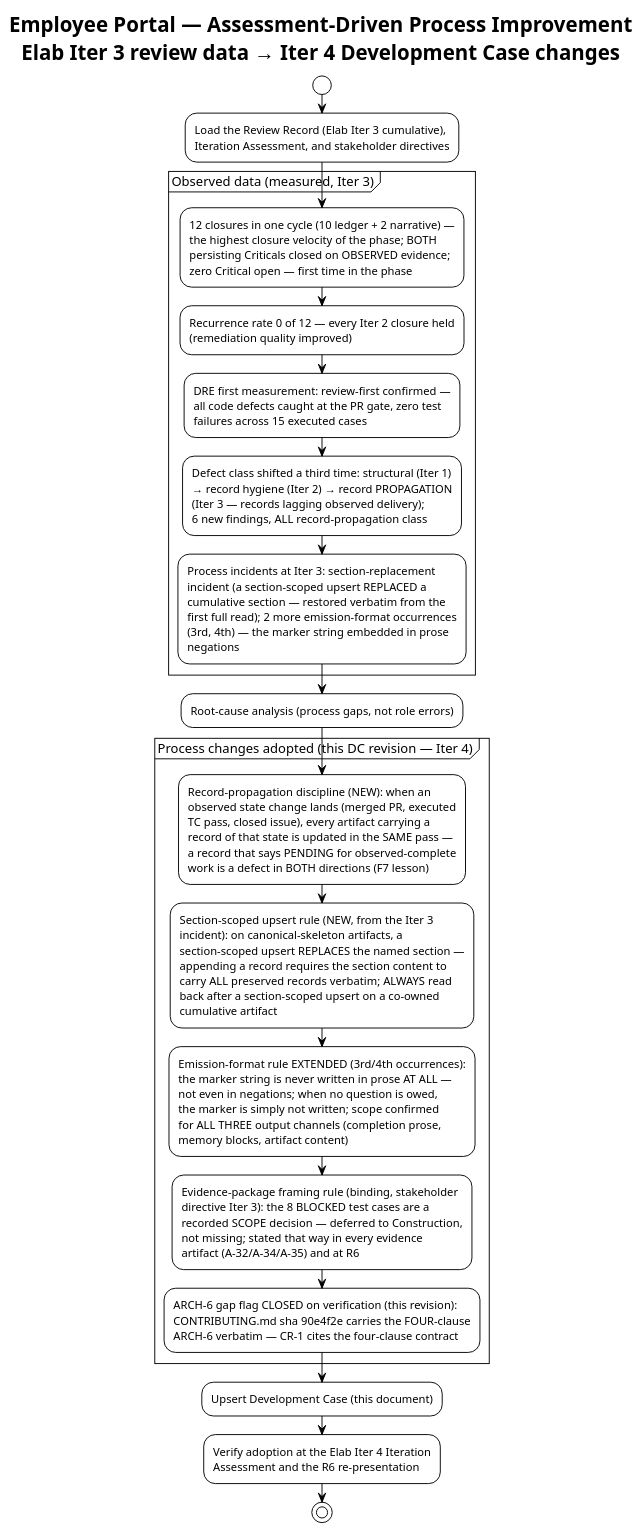
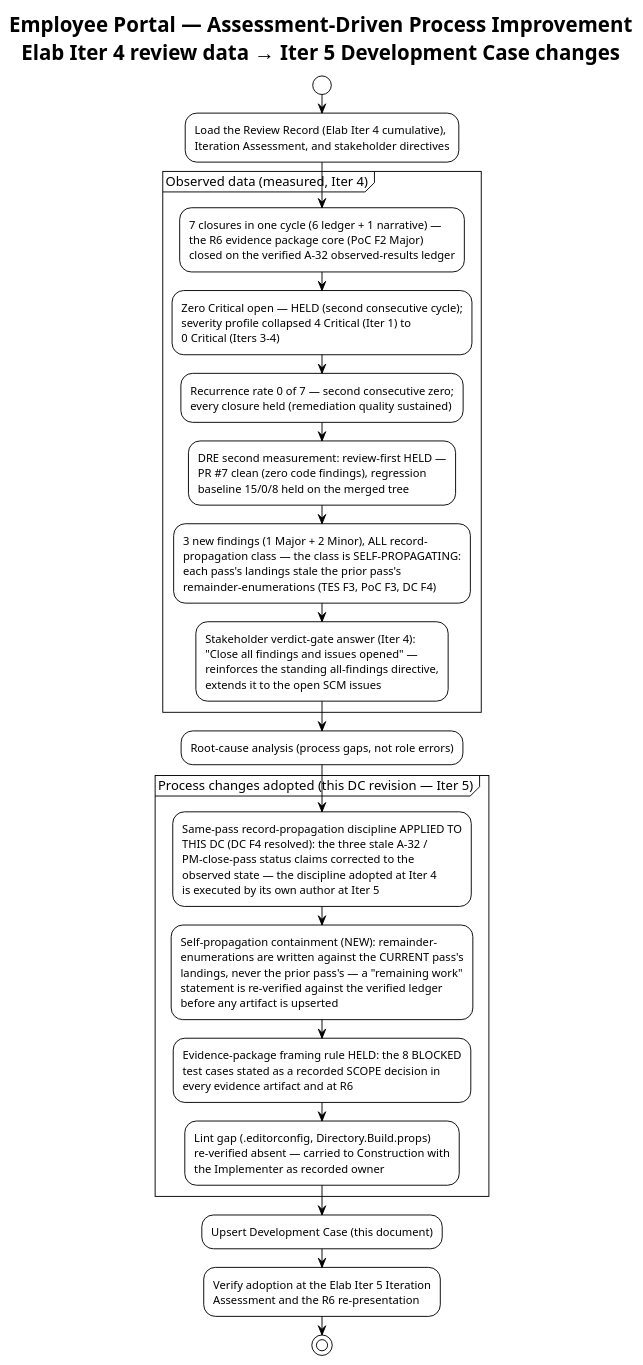
One commit to banense-test/employee-portal changed the fourth of 4 diagrams in docs/artifacts/environment/development-case.md. Above: the diagram before and after it, drawn with PlantUML. The commit also changed other lines of this file, not shown here.

First line of the commit message:
Process Engineer [E5]: upsert Development Case

````diff
--- a/docs/artifacts/environment/development-case.md
+++ b/docs/artifacts/environment/development-case.md
@@ -288,29 +287,29 @@
 ```plantuml
 @startuml
 !theme plain
-title Employee Portal — Assessment-Driven Process Improvement\nElab Iter 3 review data → Iter 4 Development Case changes
+title Employee Portal — Assessment-Driven Process Improvement\nElab Iter 4 review data → Iter 5 Development Case changes
 
 start
-:Load the Review Record (Elab Iter 3 cumulative),
+:Load the Review Record (Elab Iter 4 cumulative),
 Iteration Assessment, and stakeholder directives;
-partition "Observed data (measured, Iter 3)" {
-  :12 closures in one cycle (10 ledger + 2 narrative) —\nthe highest closure velocity of the phase; BOTH\npersisting Criticals closed on OBSERVED evidence;\nzero Critical open — first time in the phase;
-  :Recurrence rate 0 of 12 — every Iter 2 closure held\n(remediation quality improved);
-  :DRE first measurement: review-first confirmed —\nall code defects caught at the PR gate, zero test\nfailures across 15 executed cases;
-  :Defect class shifted a third time: structural (Iter 1)\n→ record hygiene (Iter 2) → record PROPAGATION\n(Iter 3 — records lagging observed delivery);\n6 new findings, ALL record-propagation class;
-  :Process incidents at Iter 3: section-replacement\nincident (a section-scoped upsert REPLACED a\ncumulative section — restored verbatim from the\nfirst full read); 2 more emission-format occurrences\n(3rd, 4th) — the marker string embedded in prose\nnegations;
+partition "Observed data (measured, Iter 4)" {
+  :7 closures in one cycle (6 ledger + 1 narrative) —\nthe R6 evidence package core (PoC F2 Major)\nclosed on the verified A-32 observed-results ledger;
+  :Zero Critical open — HELD (second consecutive cycle);\nseverity profile collapsed 4 Critical (Iter 1) to\n0 Critical (Iters 3-4);
+  :Recurrence rate 0 of 7 — second consecutive zero;\nevery closure held (remediation quality sustained);
+  :DRE second measurement: review-first HELD —\nPR #7 clean (zero code findings), regression\nbaseline 15/0/8 held on the merged tree;
+  :3 new findings (1 Major + 2 Minor), ALL record-\npropagation class — the class is SELF-PROPAGATING:\neach pass's landings stale the prior pass's\nremainder-enumerations (TES F3, PoC F3, DC F4);
+  :Stakeholder verdict-gate answer (Iter 4):\n"Close all findings and issues opened" —\nreinforces the standing all-findings directive,\nextends it to the open SCM issues;
 }
 :Root-cause analysis (process gaps, not role errors);
-partition "Process changes adopted (this DC revision — Iter 4)" {
-  :Record-propagation discipline (NEW): when an\nobserved state change lands (merged PR, executed\nTC pass, closed issue), every artifact carrying a\nrecord of that state is updated in the SAME pass —\na record that says PENDING for observed-complete\nwork is a defect in BOTH directions (F7 lesson);
-  :Section-scoped upsert rule (NEW, from the Iter 3\nincident): on canonical-skeleton artifacts, a\nsection-scoped upsert REPLACES the named section —\nappending a record requires the section content to\ncarry ALL preserved records verbatim; ALWAYS read\nback after a section-scoped upsert on a co-owned\ncumulative artifact;
-  :Emission-format rule EXTENDED (3rd/4th occurrences):\nthe marker string is never written in prose AT ALL —\nnot even in negations; when no question is owed,\nthe marker is simply not written; scope confirmed\nfor ALL THREE output channels (completion prose,\nmemory blocks, artifact content);
-  :Evidence-package framing rule (binding, stakeholder\ndirective Iter 3): the 8 BLOCKED test cases are a\nrecorded SCOPE decision — deferred to Construction,\nnot missing; stated that way in every evidence\nartifact (A-32/A-34/A-35) and at R6;
-  :ARCH-6 gap flag CLOSED on verification (this revision):\nCONTRIBUTING.md sha 90e4f2e carries the FOUR-clause\nARCH-6 verbatim — CR-1 cites the four-clause contract;
+partition "Process changes adopted (this DC revision — Iter 5)" {
+  :Same-pass record-propagation discipline APPLIED TO\nTHIS DC (DC F4 resolved): the three stale A-32 /\nPM-close-pass status claims corrected to the\nobserved state — the discipline adopted at Iter 4\nis executed by its own author at Iter 5;
+  :Self-propagation containment (NEW): remainder-\nenumerations are written against the CURRENT pass's\nlandings, never the prior pass's — a "remaining work"\nstatement is re-verified against the verified ledger\nbefore any artifact is upserted;
+  :Evidence-package framing rule HELD: the 8 BLOCKED\ntest cases stated as a recorded SCOPE decision in\nevery evidence artifact and at R6;
+  :Lint gap (.editorconfig, Directory.Build.props)\nre-verified absent — carried to Construction with\nthe Implementer as recorded owner;
 }
 :Upsert Development Case (this document);
-:Verify adoption at the Elab Iter 4 Iteration
+:Verify adoption at the Elab Iter 5 Iteration
 Assessment and the R6 re-presentation;
 stop
 @enduml
 ```
````
